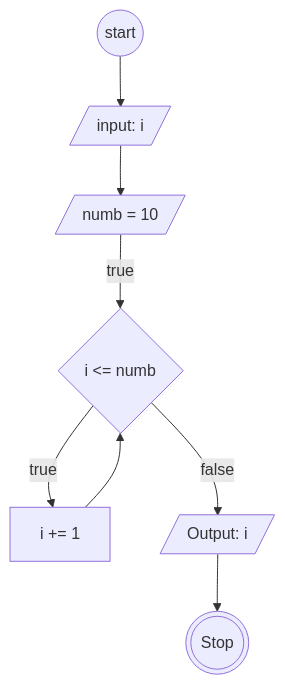
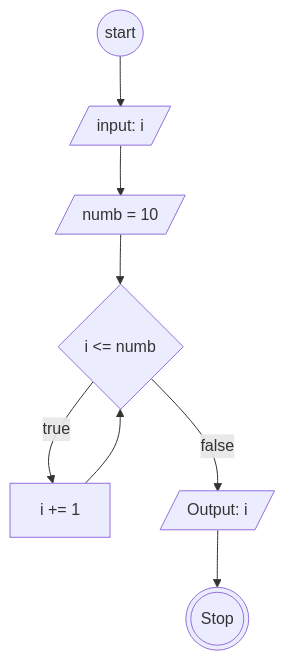
The first of 3 diagrams in flowchart-iterasi/README.md (AbiPasundan/koda-b6-homework), drawn with Mermaid before and after one commit. The commit also changed other lines of this file and 1 other file, not shown here.

````diff
--- a/flowchart-iterasi/README.md
+++ b/flowchart-iterasi/README.md
@@ -5,17 +5,17 @@
 ```mermaid
     flowchart TB
         Start@{ shape: circ, label: "start"}
         Iteration@{ shape: lean-r, label: "input: i"}
         Numb@{ shape: lean-r, label: "numb = 10"}
         CheckValue@{ shape: diamond, label: "i <= numb"}
         AddValue@{ shape: rect, label: "i += 1"}
 
         OutputLog@{ shape: lean-r, label: "Output: i"}
 
         Stop@{ shape: dbl-circ, label: "Stop"}
 
-        Start-->Iteration-->Numb-->|true|CheckValue-->|true|AddValue-->CheckValue
+        Start-->Iteration-->Numb-->CheckValue-->|true|AddValue-->CheckValue
         
 
         CheckValue-->|false|OutputLog-->Stop
 ```
````
